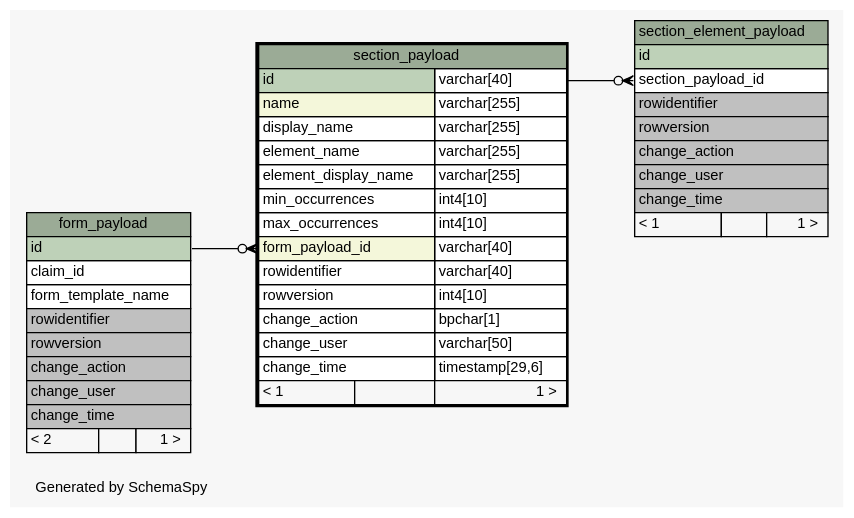
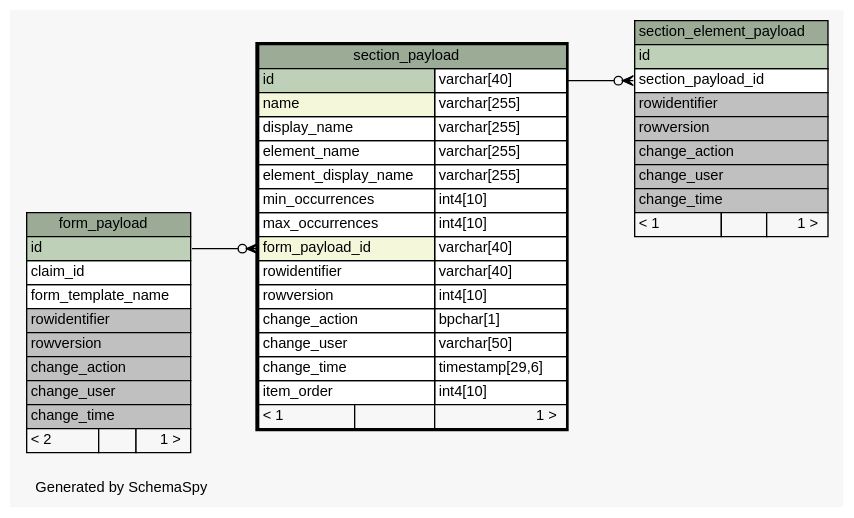
Before and after one commit to OpenTenure/database: the diagram in doc/opentenure/diagrams/section_payload.1degree.dot, drawn with Graphviz. The commit also changed 370 other files, not shown here.

```diff
--- a/doc/opentenure/diagrams/section_payload.1degree.dot
+++ b/doc/opentenure/diagrams/section_payload.1degree.dot
@@ -1,79 +1,80 @@
 // dot 2.36.0 on Windows 7 6.1
 // SchemaSpy rev 590
 digraph "oneDegreeRelationshipsDiagram" {
   graph [
     rankdir="RL"
     bgcolor="#f7f7f7"
     label="\nGenerated by SchemaSpy"
     labeljust="l"
     nodesep="0.18"
     ranksep="0.46"
     fontname="Helvetica"
     fontsize="11"
   ];
   node [
     fontname="Helvetica"
     fontsize="11"
     shape="plaintext"
   ];
   edge [
     arrowsize="0.8"
   ];
   "section_element_payload":"section_payload_id":w -> "section_payload":"id.type":e [arrowhead=none dir=back arrowtail=crowodot];
   "section_payload":"form_payload_id":w -> "form_payload":"id":e [arrowhead=none dir=back arrowtail=crowodot];
   "form_payload" [
     label=<
     <TABLE BORDER="0" CELLBORDER="1" CELLSPACING="0" BGCOLOR="#ffffff">
       <TR><TD COLSPAN="3" BGCOLOR="#9bab96" ALIGN="CENTER">form_payload</TD></TR>
       <TR><TD PORT="id" COLSPAN="3" BGCOLOR="#bed1b8" ALIGN="LEFT">id</TD></TR>
       <TR><TD PORT="claim_id" COLSPAN="3" ALIGN="LEFT">claim_id</TD></TR>
       <TR><TD PORT="form_template_name" COLSPAN="3" ALIGN="LEFT">form_template_name</TD></TR>
       <TR><TD PORT="rowidentifier" COLSPAN="3" BGCOLOR="#c0c0c0" ALIGN="LEFT">rowidentifier</TD></TR>
       <TR><TD PORT="rowversion" COLSPAN="3" BGCOLOR="#c0c0c0" ALIGN="LEFT">rowversion</TD></TR>
       <TR><TD PORT="change_action" COLSPAN="3" BGCOLOR="#c0c0c0" ALIGN="LEFT">change_action</TD></TR>
       <TR><TD PORT="change_user" COLSPAN="3" BGCOLOR="#c0c0c0" ALIGN="LEFT">change_user</TD></TR>
       <TR><TD PORT="change_time" COLSPAN="3" BGCOLOR="#c0c0c0" ALIGN="LEFT">change_time</TD></TR>
       <TR><TD ALIGN="LEFT" BGCOLOR="#f7f7f7">&lt; 2</TD><TD ALIGN="RIGHT" BGCOLOR="#f7f7f7">  </TD><TD ALIGN="RIGHT" BGCOLOR="#f7f7f7">1 &gt;</TD></TR>
     </TABLE>>
     URL="form_payload.html"
     tooltip="form_payload"
   ];
   "section_element_payload" [
     label=<
     <TABLE BORDER="0" CELLBORDER="1" CELLSPACING="0" BGCOLOR="#ffffff">
       <TR><TD COLSPAN="3" BGCOLOR="#9bab96" ALIGN="CENTER">section_element_payload</TD></TR>
       <TR><TD PORT="id" COLSPAN="3" BGCOLOR="#bed1b8" ALIGN="LEFT">id</TD></TR>
       <TR><TD PORT="section_payload_id" COLSPAN="3" ALIGN="LEFT">section_payload_id</TD></TR>
       <TR><TD PORT="rowidentifier" COLSPAN="3" BGCOLOR="#c0c0c0" ALIGN="LEFT">rowidentifier</TD></TR>
       <TR><TD PORT="rowversion" COLSPAN="3" BGCOLOR="#c0c0c0" ALIGN="LEFT">rowversion</TD></TR>
       <TR><TD PORT="change_action" COLSPAN="3" BGCOLOR="#c0c0c0" ALIGN="LEFT">change_action</TD></TR>
       <TR><TD PORT="change_user" COLSPAN="3" BGCOLOR="#c0c0c0" ALIGN="LEFT">change_user</TD></TR>
       <TR><TD PORT="change_time" COLSPAN="3" BGCOLOR="#c0c0c0" ALIGN="LEFT">change_time</TD></TR>
       <TR><TD ALIGN="LEFT" BGCOLOR="#f7f7f7">&lt; 1</TD><TD ALIGN="RIGHT" BGCOLOR="#f7f7f7">  </TD><TD ALIGN="RIGHT" BGCOLOR="#f7f7f7">1 &gt;</TD></TR>
     </TABLE>>
     URL="section_element_payload.html"
     tooltip="section_element_payload"
   ];
   "section_payload" [
     label=<
     <TABLE BORDER="2" CELLBORDER="1" CELLSPACING="0" BGCOLOR="#ffffff">
       <TR><TD COLSPAN="3" BGCOLOR="#9bab96" ALIGN="CENTER">section_payload</TD></TR>
       <TR><TD PORT="id" COLSPAN="2" BGCOLOR="#bed1b8" ALIGN="LEFT">id</TD><TD PORT="id.type" ALIGN="LEFT">varchar[40]</TD></TR>
       <TR><TD PORT="name" COLSPAN="2" BGCOLOR="#f4f7da" ALIGN="LEFT">name</TD><TD PORT="name.type" ALIGN="LEFT">varchar[255]</TD></TR>
       <TR><TD PORT="display_name" COLSPAN="2" ALIGN="LEFT">display_name</TD><TD PORT="display_name.type" ALIGN="LEFT">varchar[255]</TD></TR>
       <TR><TD PORT="element_name" COLSPAN="2" ALIGN="LEFT">element_name</TD><TD PORT="element_name.type" ALIGN="LEFT">varchar[255]</TD></TR>
       <TR><TD PORT="element_display_name" COLSPAN="2" ALIGN="LEFT">element_display_name</TD><TD PORT="element_display_name.type" ALIGN="LEFT">varchar[255]</TD></TR>
       <TR><TD PORT="min_occurrences" COLSPAN="2" ALIGN="LEFT">min_occurrences</TD><TD PORT="min_occurrences.type" ALIGN="LEFT">int4[10]</TD></TR>
       <TR><TD PORT="max_occurrences" COLSPAN="2" ALIGN="LEFT">max_occurrences</TD><TD PORT="max_occurrences.type" ALIGN="LEFT">int4[10]</TD></TR>
       <TR><TD PORT="form_payload_id" COLSPAN="2" BGCOLOR="#f4f7da" ALIGN="LEFT">form_payload_id</TD><TD PORT="form_payload_id.type" ALIGN="LEFT">varchar[40]</TD></TR>
       <TR><TD PORT="rowidentifier" COLSPAN="2" ALIGN="LEFT">rowidentifier</TD><TD PORT="rowidentifier.type" ALIGN="LEFT">varchar[40]</TD></TR>
       <TR><TD PORT="rowversion" COLSPAN="2" ALIGN="LEFT">rowversion</TD><TD PORT="rowversion.type" ALIGN="LEFT">int4[10]</TD></TR>
       <TR><TD PORT="change_action" COLSPAN="2" ALIGN="LEFT">change_action</TD><TD PORT="change_action.type" ALIGN="LEFT">bpchar[1]</TD></TR>
       <TR><TD PORT="change_user" COLSPAN="2" ALIGN="LEFT">change_user</TD><TD PORT="change_user.type" ALIGN="LEFT">varchar[50]</TD></TR>
       <TR><TD PORT="change_time" COLSPAN="2" ALIGN="LEFT">change_time</TD><TD PORT="change_time.type" ALIGN="LEFT">timestamp[29,6]</TD></TR>
+      <TR><TD PORT="item_order" COLSPAN="2" ALIGN="LEFT">item_order</TD><TD PORT="item_order.type" ALIGN="LEFT">int4[10]</TD></TR>
       <TR><TD ALIGN="LEFT" BGCOLOR="#f7f7f7">&lt; 1</TD><TD ALIGN="RIGHT" BGCOLOR="#f7f7f7">  </TD><TD ALIGN="RIGHT" BGCOLOR="#f7f7f7">1 &gt;</TD></TR>
     </TABLE>>
     URL="section_payload.html"
     tooltip="section_payload"
   ];
 }
```
